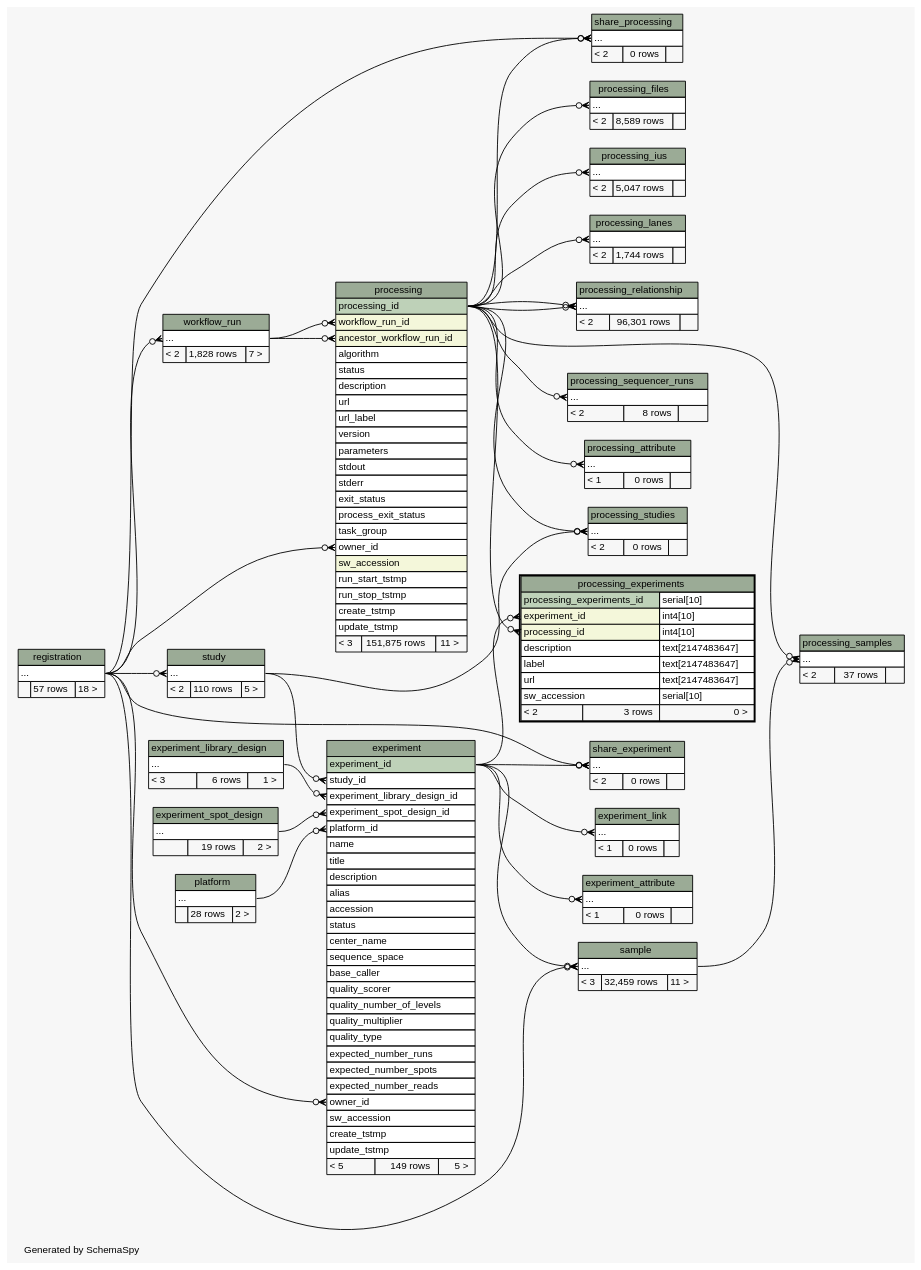
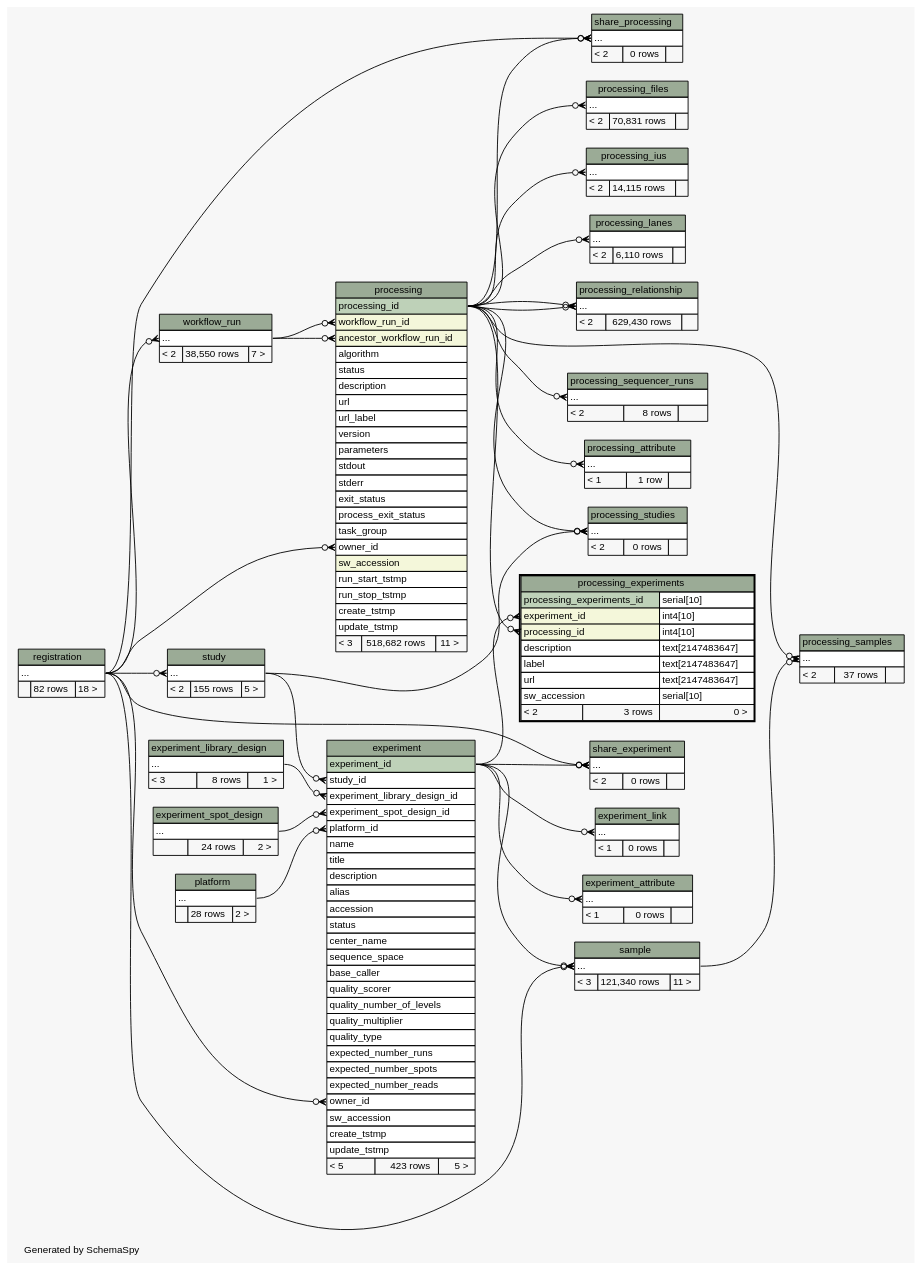
The diagram in metadb-schema/diagrams/processing_experiments.2degrees.dot (SeqWare/seqware.github.com), drawn with Graphviz before and after one commit. The commit also changed 365 other files, not shown here.

Commit message:
Refresh dbschema docs

```diff
--- a/metadb-schema/diagrams/processing_experiments.2degrees.dot
+++ b/metadb-schema/diagrams/processing_experiments.2degrees.dot
@@ -1,4 +1,4 @@
-// dot 2.32.0 on Mac OS X 10.8.3
+// dot 2.26.3 on Linux 3.5.0-47-generic
 // SchemaSpy rev 590
 digraph "twoDegreesRelationshipsDiagram" {
   graph [
@@ -79,7 +79,7 @@
       <TR><TD PORT="sw_accession" COLSPAN="3" ALIGN="LEFT">sw_accession</TD></TR>
       <TR><TD PORT="create_tstmp" COLSPAN="3" ALIGN="LEFT">create_tstmp</TD></TR>
       <TR><TD PORT="update_tstmp" COLSPAN="3" ALIGN="LEFT">update_tstmp</TD></TR>
-      <TR><TD ALIGN="LEFT" BGCOLOR="#f7f7f7">&lt; 5</TD><TD ALIGN="RIGHT" BGCOLOR="#f7f7f7">149 rows</TD><TD ALIGN="RIGHT" BGCOLOR="#f7f7f7">5 &gt;</TD></TR>
+      <TR><TD ALIGN="LEFT" BGCOLOR="#f7f7f7">&lt; 5</TD><TD ALIGN="RIGHT" BGCOLOR="#f7f7f7">423 rows</TD><TD ALIGN="RIGHT" BGCOLOR="#f7f7f7">5 &gt;</TD></TR>
     </TABLE>>
     URL="experiment.html"
     tooltip="experiment"
@@ -99,7 +99,7 @@
     <TABLE BORDER="0" CELLBORDER="1" CELLSPACING="0" BGCOLOR="#ffffff">
       <TR><TD COLSPAN="3" BGCOLOR="#9bab96" ALIGN="CENTER">experiment_library_design</TD></TR>
       <TR><TD PORT="elipses" COLSPAN="3" ALIGN="LEFT">...</TD></TR>
-      <TR><TD ALIGN="LEFT" BGCOLOR="#f7f7f7">&lt; 3</TD><TD ALIGN="RIGHT" BGCOLOR="#f7f7f7">6 rows</TD><TD ALIGN="RIGHT" BGCOLOR="#f7f7f7">1 &gt;</TD></TR>
+      <TR><TD ALIGN="LEFT" BGCOLOR="#f7f7f7">&lt; 3</TD><TD ALIGN="RIGHT" BGCOLOR="#f7f7f7">8 rows</TD><TD ALIGN="RIGHT" BGCOLOR="#f7f7f7">1 &gt;</TD></TR>
     </TABLE>>
     URL="experiment_library_design.html"
     tooltip="experiment_library_design"
@@ -119,7 +119,7 @@
     <TABLE BORDER="0" CELLBORDER="1" CELLSPACING="0" BGCOLOR="#ffffff">
       <TR><TD COLSPAN="3" BGCOLOR="#9bab96" ALIGN="CENTER">experiment_spot_design</TD></TR>
       <TR><TD PORT="elipses" COLSPAN="3" ALIGN="LEFT">...</TD></TR>
-      <TR><TD ALIGN="LEFT" BGCOLOR="#f7f7f7">  </TD><TD ALIGN="RIGHT" BGCOLOR="#f7f7f7">19 rows</TD><TD ALIGN="RIGHT" BGCOLOR="#f7f7f7">2 &gt;</TD></TR>
+      <TR><TD ALIGN="LEFT" BGCOLOR="#f7f7f7">  </TD><TD ALIGN="RIGHT" BGCOLOR="#f7f7f7">24 rows</TD><TD ALIGN="RIGHT" BGCOLOR="#f7f7f7">2 &gt;</TD></TR>
     </TABLE>>
     URL="experiment_spot_design.html"
     tooltip="experiment_spot_design"
@@ -159,7 +159,7 @@
       <TR><TD PORT="run_stop_tstmp" COLSPAN="3" ALIGN="LEFT">run_stop_tstmp</TD></TR>
       <TR><TD PORT="create_tstmp" COLSPAN="3" ALIGN="LEFT">create_tstmp</TD></TR>
       <TR><TD PORT="update_tstmp" COLSPAN="3" ALIGN="LEFT">update_tstmp</TD></TR>
-      <TR><TD ALIGN="LEFT" BGCOLOR="#f7f7f7">&lt; 3</TD><TD ALIGN="RIGHT" BGCOLOR="#f7f7f7">151,875 rows</TD><TD ALIGN="RIGHT" BGCOLOR="#f7f7f7">11 &gt;</TD></TR>
+      <TR><TD ALIGN="LEFT" BGCOLOR="#f7f7f7">&lt; 3</TD><TD ALIGN="RIGHT" BGCOLOR="#f7f7f7">518,682 rows</TD><TD ALIGN="RIGHT" BGCOLOR="#f7f7f7">11 &gt;</TD></TR>
     </TABLE>>
     URL="processing.html"
     tooltip="processing"
@@ -169,7 +169,7 @@
     <TABLE BORDER="0" CELLBORDER="1" CELLSPACING="0" BGCOLOR="#ffffff">
       <TR><TD COLSPAN="3" BGCOLOR="#9bab96" ALIGN="CENTER">processing_attribute</TD></TR>
       <TR><TD PORT="elipses" COLSPAN="3" ALIGN="LEFT">...</TD></TR>
-      <TR><TD ALIGN="LEFT" BGCOLOR="#f7f7f7">&lt; 1</TD><TD ALIGN="RIGHT" BGCOLOR="#f7f7f7">0 rows</TD><TD ALIGN="RIGHT" BGCOLOR="#f7f7f7">  </TD></TR>
+      <TR><TD ALIGN="LEFT" BGCOLOR="#f7f7f7">&lt; 1</TD><TD ALIGN="RIGHT" BGCOLOR="#f7f7f7">1 row</TD><TD ALIGN="RIGHT" BGCOLOR="#f7f7f7">  </TD></TR>
     </TABLE>>
     URL="processing_attribute.html"
     tooltip="processing_attribute"
@@ -195,7 +195,7 @@
     <TABLE BORDER="0" CELLBORDER="1" CELLSPACING="0" BGCOLOR="#ffffff">
       <TR><TD COLSPAN="3" BGCOLOR="#9bab96" ALIGN="CENTER">processing_files</TD></TR>
       <TR><TD PORT="elipses" COLSPAN="3" ALIGN="LEFT">...</TD></TR>
-      <TR><TD ALIGN="LEFT" BGCOLOR="#f7f7f7">&lt; 2</TD><TD ALIGN="RIGHT" BGCOLOR="#f7f7f7">8,589 rows</TD><TD ALIGN="RIGHT" BGCOLOR="#f7f7f7">  </TD></TR>
+      <TR><TD ALIGN="LEFT" BGCOLOR="#f7f7f7">&lt; 2</TD><TD ALIGN="RIGHT" BGCOLOR="#f7f7f7">70,831 rows</TD><TD ALIGN="RIGHT" BGCOLOR="#f7f7f7">  </TD></TR>
     </TABLE>>
     URL="processing_files.html"
     tooltip="processing_files"
@@ -205,7 +205,7 @@
     <TABLE BORDER="0" CELLBORDER="1" CELLSPACING="0" BGCOLOR="#ffffff">
       <TR><TD COLSPAN="3" BGCOLOR="#9bab96" ALIGN="CENTER">processing_ius</TD></TR>
       <TR><TD PORT="elipses" COLSPAN="3" ALIGN="LEFT">...</TD></TR>
-      <TR><TD ALIGN="LEFT" BGCOLOR="#f7f7f7">&lt; 2</TD><TD ALIGN="RIGHT" BGCOLOR="#f7f7f7">5,047 rows</TD><TD ALIGN="RIGHT" BGCOLOR="#f7f7f7">  </TD></TR>
+      <TR><TD ALIGN="LEFT" BGCOLOR="#f7f7f7">&lt; 2</TD><TD ALIGN="RIGHT" BGCOLOR="#f7f7f7">14,115 rows</TD><TD ALIGN="RIGHT" BGCOLOR="#f7f7f7">  </TD></TR>
     </TABLE>>
     URL="processing_ius.html"
     tooltip="processing_ius"
@@ -215,7 +215,7 @@
     <TABLE BORDER="0" CELLBORDER="1" CELLSPACING="0" BGCOLOR="#ffffff">
       <TR><TD COLSPAN="3" BGCOLOR="#9bab96" ALIGN="CENTER">processing_lanes</TD></TR>
       <TR><TD PORT="elipses" COLSPAN="3" ALIGN="LEFT">...</TD></TR>
-      <TR><TD ALIGN="LEFT" BGCOLOR="#f7f7f7">&lt; 2</TD><TD ALIGN="RIGHT" BGCOLOR="#f7f7f7">1,744 rows</TD><TD ALIGN="RIGHT" BGCOLOR="#f7f7f7">  </TD></TR>
+      <TR><TD ALIGN="LEFT" BGCOLOR="#f7f7f7">&lt; 2</TD><TD ALIGN="RIGHT" BGCOLOR="#f7f7f7">6,110 rows</TD><TD ALIGN="RIGHT" BGCOLOR="#f7f7f7">  </TD></TR>
     </TABLE>>
     URL="processing_lanes.html"
     tooltip="processing_lanes"
@@ -225,7 +225,7 @@
     <TABLE BORDER="0" CELLBORDER="1" CELLSPACING="0" BGCOLOR="#ffffff">
       <TR><TD COLSPAN="3" BGCOLOR="#9bab96" ALIGN="CENTER">processing_relationship</TD></TR>
       <TR><TD PORT="elipses" COLSPAN="3" ALIGN="LEFT">...</TD></TR>
-      <TR><TD ALIGN="LEFT" BGCOLOR="#f7f7f7">&lt; 2</TD><TD ALIGN="RIGHT" BGCOLOR="#f7f7f7">96,301 rows</TD><TD ALIGN="RIGHT" BGCOLOR="#f7f7f7">  </TD></TR>
+      <TR><TD ALIGN="LEFT" BGCOLOR="#f7f7f7">&lt; 2</TD><TD ALIGN="RIGHT" BGCOLOR="#f7f7f7">629,430 rows</TD><TD ALIGN="RIGHT" BGCOLOR="#f7f7f7">  </TD></TR>
     </TABLE>>
     URL="processing_relationship.html"
     tooltip="processing_relationship"
@@ -265,7 +265,7 @@
     <TABLE BORDER="0" CELLBORDER="1" CELLSPACING="0" BGCOLOR="#ffffff">
       <TR><TD COLSPAN="3" BGCOLOR="#9bab96" ALIGN="CENTER">registration</TD></TR>
       <TR><TD PORT="elipses" COLSPAN="3" ALIGN="LEFT">...</TD></TR>
-      <TR><TD ALIGN="LEFT" BGCOLOR="#f7f7f7">  </TD><TD ALIGN="RIGHT" BGCOLOR="#f7f7f7">57 rows</TD><TD ALIGN="RIGHT" BGCOLOR="#f7f7f7">18 &gt;</TD></TR>
+      <TR><TD ALIGN="LEFT" BGCOLOR="#f7f7f7">  </TD><TD ALIGN="RIGHT" BGCOLOR="#f7f7f7">82 rows</TD><TD ALIGN="RIGHT" BGCOLOR="#f7f7f7">18 &gt;</TD></TR>
     </TABLE>>
     URL="registration.html"
     tooltip="registration"
@@ -275,7 +275,7 @@
     <TABLE BORDER="0" CELLBORDER="1" CELLSPACING="0" BGCOLOR="#ffffff">
       <TR><TD COLSPAN="3" BGCOLOR="#9bab96" ALIGN="CENTER">sample</TD></TR>
       <TR><TD PORT="elipses" COLSPAN="3" ALIGN="LEFT">...</TD></TR>
-      <TR><TD ALIGN="LEFT" BGCOLOR="#f7f7f7">&lt; 3</TD><TD ALIGN="RIGHT" BGCOLOR="#f7f7f7">32,459 rows</TD><TD ALIGN="RIGHT" BGCOLOR="#f7f7f7">11 &gt;</TD></TR>
+      <TR><TD ALIGN="LEFT" BGCOLOR="#f7f7f7">&lt; 3</TD><TD ALIGN="RIGHT" BGCOLOR="#f7f7f7">121,340 rows</TD><TD ALIGN="RIGHT" BGCOLOR="#f7f7f7">11 &gt;</TD></TR>
     </TABLE>>
     URL="sample.html"
     tooltip="sample"
@@ -305,7 +305,7 @@
     <TABLE BORDER="0" CELLBORDER="1" CELLSPACING="0" BGCOLOR="#ffffff">
       <TR><TD COLSPAN="3" BGCOLOR="#9bab96" ALIGN="CENTER">study</TD></TR>
       <TR><TD PORT="elipses" COLSPAN="3" ALIGN="LEFT">...</TD></TR>
-      <TR><TD ALIGN="LEFT" BGCOLOR="#f7f7f7">&lt; 2</TD><TD ALIGN="RIGHT" BGCOLOR="#f7f7f7">110 rows</TD><TD ALIGN="RIGHT" BGCOLOR="#f7f7f7">5 &gt;</TD></TR>
+      <TR><TD ALIGN="LEFT" BGCOLOR="#f7f7f7">&lt; 2</TD><TD ALIGN="RIGHT" BGCOLOR="#f7f7f7">155 rows</TD><TD ALIGN="RIGHT" BGCOLOR="#f7f7f7">5 &gt;</TD></TR>
     </TABLE>>
     URL="study.html"
     tooltip="study"
@@ -315,7 +315,7 @@
     <TABLE BORDER="0" CELLBORDER="1" CELLSPACING="0" BGCOLOR="#ffffff">
       <TR><TD COLSPAN="3" BGCOLOR="#9bab96" ALIGN="CENTER">workflow_run</TD></TR>
       <TR><TD PORT="elipses" COLSPAN="3" ALIGN="LEFT">...</TD></TR>
-      <TR><TD ALIGN="LEFT" BGCOLOR="#f7f7f7">&lt; 2</TD><TD ALIGN="RIGHT" BGCOLOR="#f7f7f7">1,828 rows</TD><TD ALIGN="RIGHT" BGCOLOR="#f7f7f7">7 &gt;</TD></TR>
+      <TR><TD ALIGN="LEFT" BGCOLOR="#f7f7f7">&lt; 2</TD><TD ALIGN="RIGHT" BGCOLOR="#f7f7f7">38,550 rows</TD><TD ALIGN="RIGHT" BGCOLOR="#f7f7f7">7 &gt;</TD></TR>
     </TABLE>>
     URL="workflow_run.html"
     tooltip="workflow_run"
```
